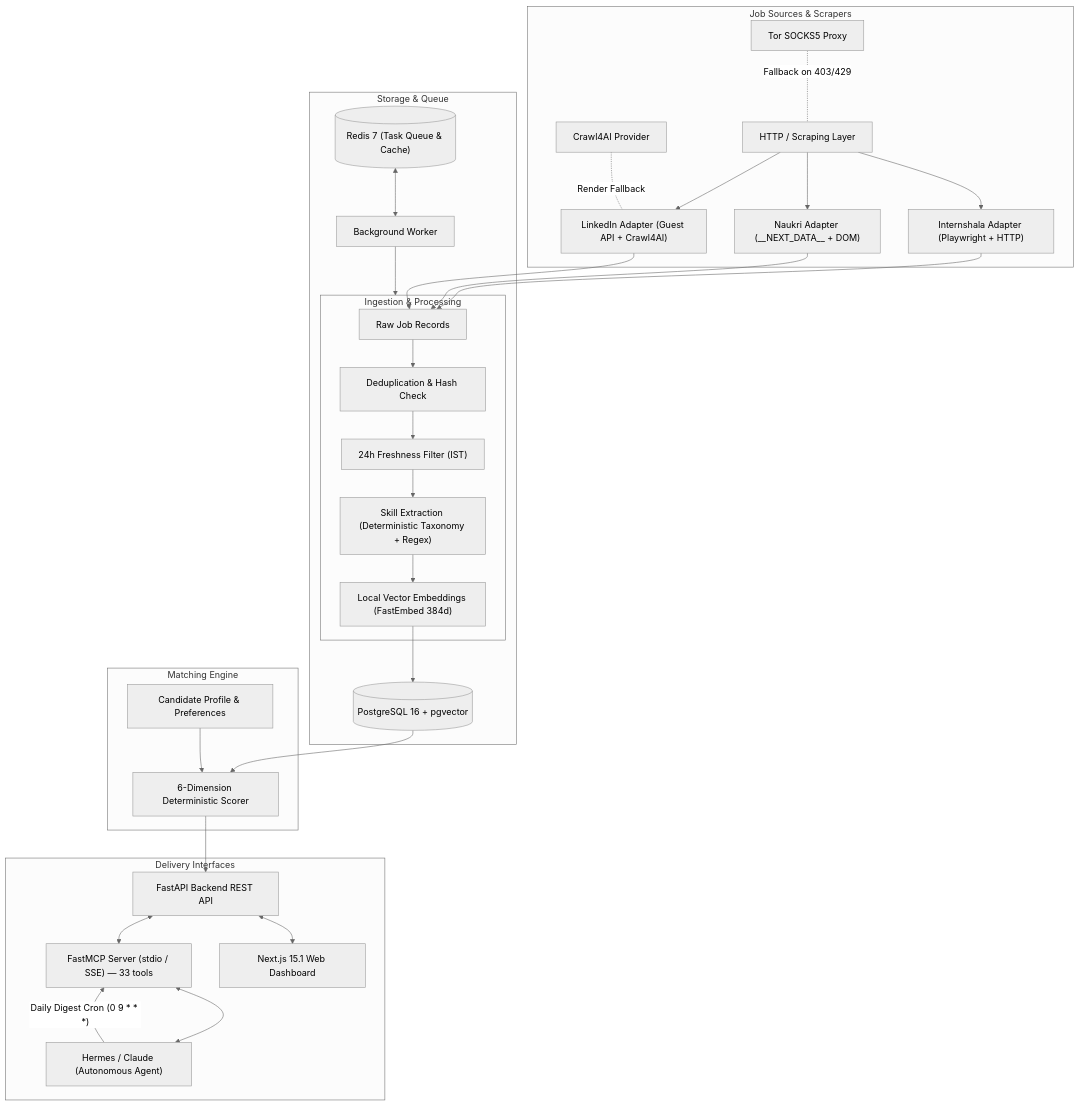
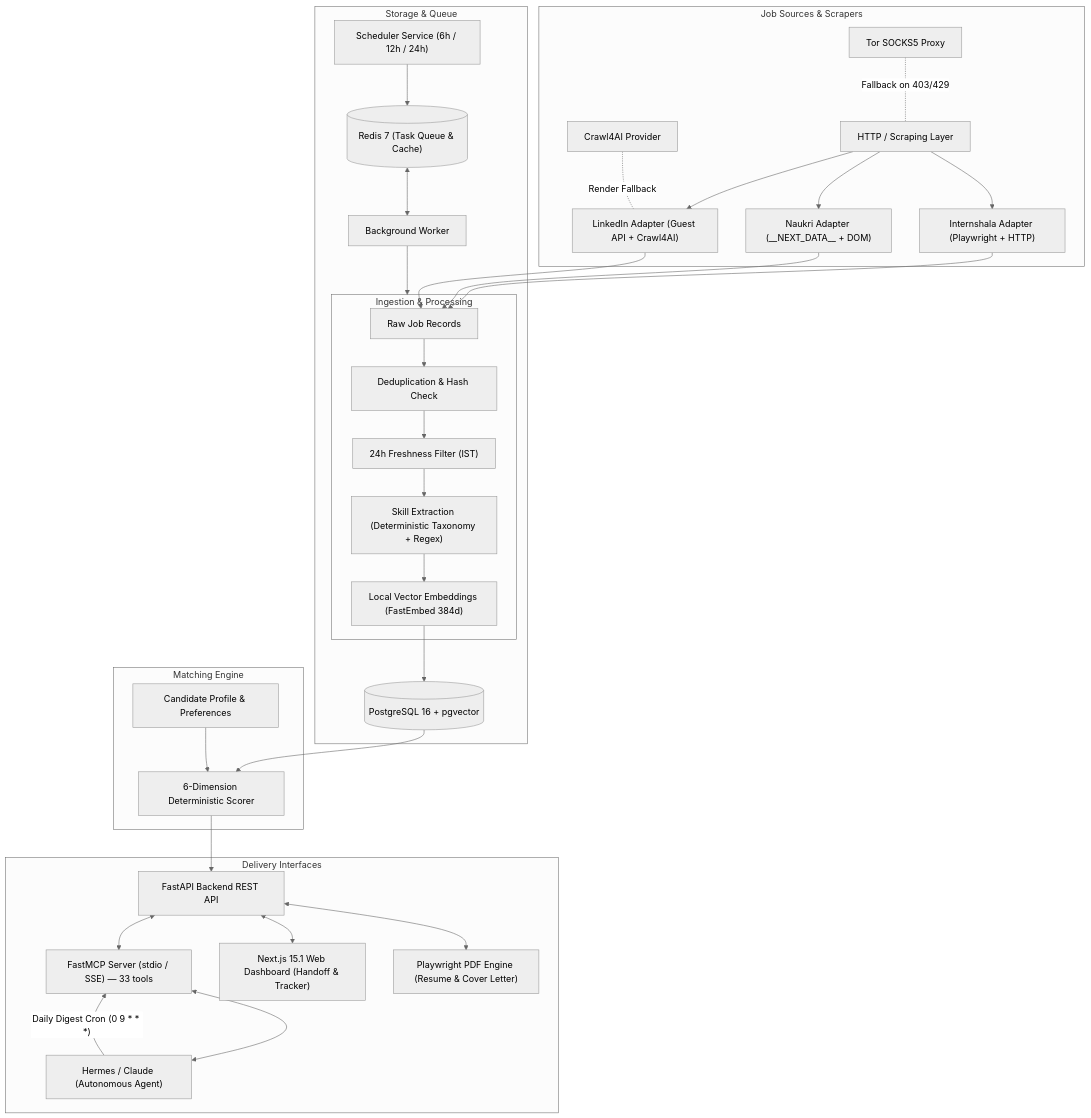
One commit to vivans720/AI-Job-Search changed the diagram in README.MD. Above: the diagram before and after it, drawn with Mermaid (neutral theme). The commit also changed other lines of this file and 16 other files, not shown here.

Commit message:
pdf and cover letter generation implemented

````diff
--- a/README.MD
+++ b/README.MD
@@ -17,42 +17,44 @@
 ```mermaid
 flowchart TD
     subgraph Sources["Job Sources & Scrapers"]
         IN["Internshala Adapter (Playwright + HTTP)"]
         NK["Naukri Adapter (__NEXT_DATA__ + DOM)"]
         LI["LinkedIn Adapter (Guest API + Crawl4AI)"]
         C4["Crawl4AI Provider"] -.-|Render Fallback| LI
         TOR["Tor SOCKS5 Proxy"] -.-|Fallback on 403/429| HTTP["HTTP / Scraping Layer"]
         HTTP --> IN
         HTTP --> NK
         HTTP --> LI
     end
 
     subgraph Pipeline["Ingestion & Processing"]
         IN --> RAW["Raw Job Records"]
         NK --> RAW
         LI --> RAW
         RAW --> DEDUP["Deduplication & Hash Check"]
         DEDUP --> FRESH["24h Freshness Filter (IST)"]
         FRESH --> SKILLS["Skill Extraction (Deterministic Taxonomy + Regex)"]
         SKILLS --> EMBED["Local Vector Embeddings (FastEmbed 384d)"]
     end
 
     subgraph Storage["Storage & Queue"]
         EMBED --> PG[("PostgreSQL 16 + pgvector")]
         REDIS[("Redis 7 (Task Queue & Cache)")] <--> WORKER["Background Worker"]
+        SCHED["Scheduler Service (6h / 12h / 24h)"] --> REDIS
         WORKER --> Pipeline
     end
 
     subgraph Matching["Matching Engine"]
         PG --> MATCH["6-Dimension Deterministic Scorer"]
         PROFILE["Candidate Profile & Preferences"] --> MATCH
     end
 
     subgraph Interfaces["Delivery Interfaces"]
         MATCH --> API["FastAPI Backend REST API"]
-        API <--> WEB["Next.js 15.1 Web Dashboard"]
+        API <--> PDF["Playwright PDF Engine (Resume & Cover Letter)"]
+        API <--> WEB["Next.js 15.1 Web Dashboard (Handoff & Tracker)"]
         API <--> MCP["FastMCP Server (stdio / SSE) — 33 tools"]
         MCP <--> AGENT["Hermes / Claude (Autonomous Agent)"]
         AGENT -->|"Daily Digest Cron (0 9 * * *)"| MCP
     end
 ```
````
